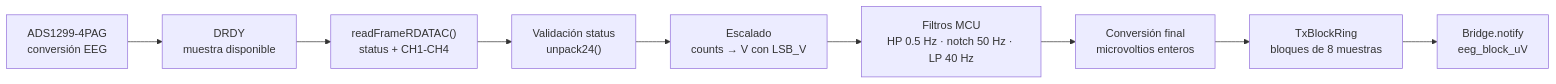
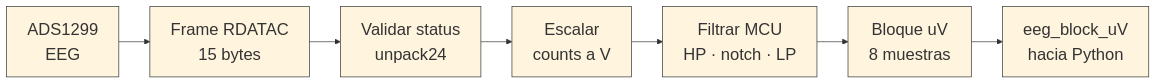
Before and after one commit to valtorresm97/REDACCION-TFG: the diagram in TFG_EEG_MIDI/images/uml/impl_firmware_flujo_adquisicion.mmd, drawn with Mermaid.

Commit message:
Redesign firmware flow diagram for readability

```diff
--- a/TFG_EEG_MIDI/images/uml/impl_firmware_flujo_adquisicion.mmd
+++ b/TFG_EEG_MIDI/images/uml/impl_firmware_flujo_adquisicion.mmd
@@ -1,9 +1,8 @@
+%%{init: {"theme": "base", "themeVariables": {"fontSize": "24px", "fontFamily": "Arial", "primaryBorderColor": "#333333", "lineColor": "#333333"}, "flowchart": {"htmlLabels": true, "nodeSpacing": 35, "rankSpacing": 45, "curve": "basis"}}}%%
 flowchart LR
-  ads["ADS1299-4PAG<br/>conversión EEG"] --> drdy["DRDY<br/>muestra disponible"]
-  drdy --> rdatac["readFrameRDATAC()<br/>status + CH1-CH4"]
-  rdatac --> unpack["Validación status<br/>unpack24()"]
-  unpack --> scale["Escalado<br/>counts → V con LSB_V"]
-  scale --> filters["Filtros MCU<br/>HP 0.5 Hz · notch 50 Hz · LP 40 Hz"]
-  filters --> uv["Conversión final<br/>microvoltios enteros"]
-  uv --> ring["TxBlockRing<br/>bloques de 8 muestras"]
-  ring --> bridge["Bridge.notify<br/>eeg_block_uV"]
+  ads["ADS1299<br/>EEG"] --> frame["Frame RDATAC<br/>15 bytes"]
+  frame --> unpack["Validar status<br/>unpack24"]
+  unpack --> scale["Escalar<br/>counts a V"]
+  scale --> filter["Filtrar MCU<br/>HP · notch · LP"]
+  filter --> block["Bloque uV<br/>8 muestras"]
+  block --> bridge["eeg_block_uV<br/>hacia Python"]
```
